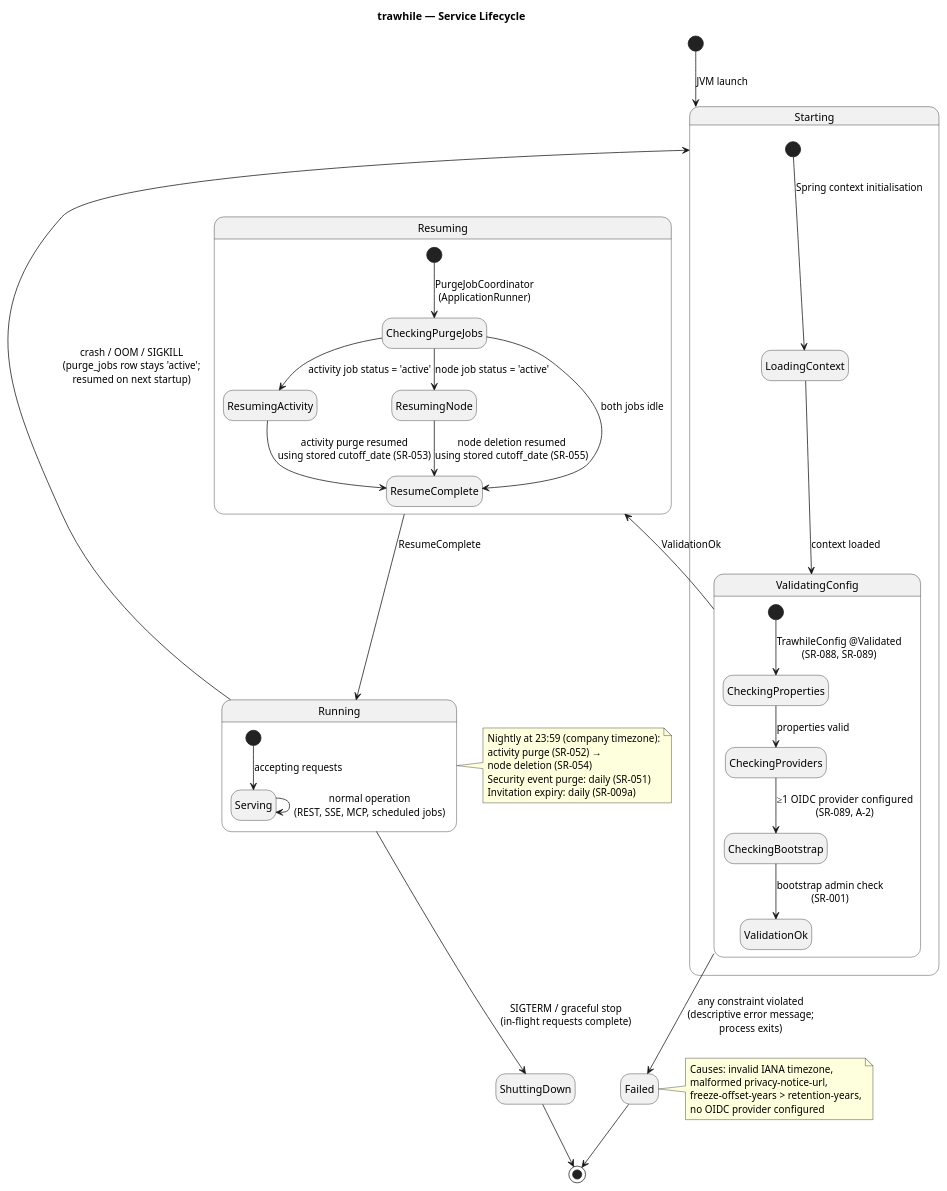
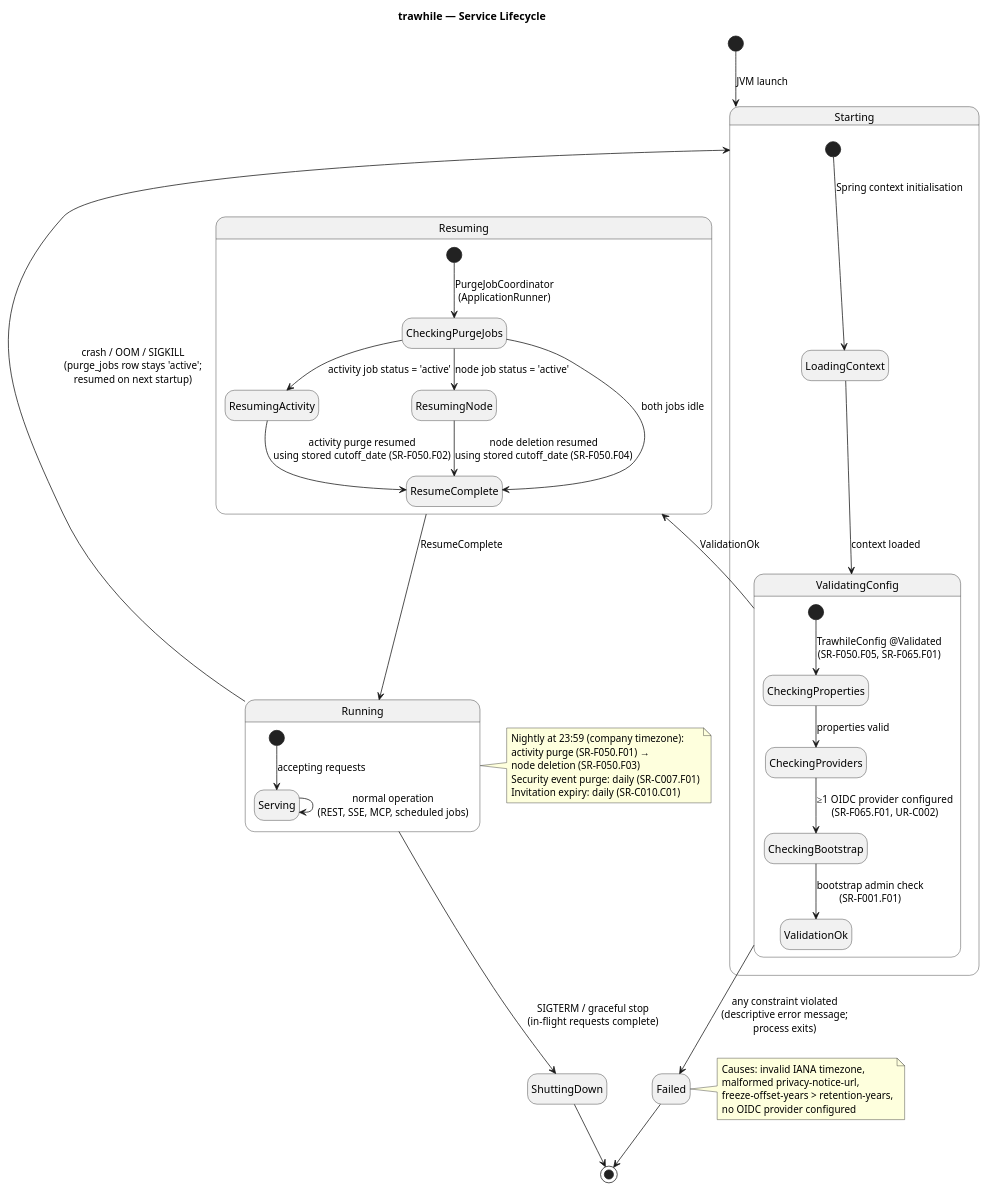
Before and after one commit to uCore7/trawhile: the diagram in docs/uml/state-service-lifecycle.puml, drawn with PlantUML. The commit also changed 78 other files, not shown here.

```diff
--- a/docs/uml/state-service-lifecycle.puml
+++ b/docs/uml/state-service-lifecycle.puml
@@ -1,61 +1,61 @@
 @startuml state-service-lifecycle
 title trawhile — Service Lifecycle
 
 hide empty description
 
 [*] --> Starting : JVM launch
 
 state Starting {
   [*] --> LoadingContext : Spring context initialisation
   LoadingContext --> ValidatingConfig : context loaded
 }
 
 state ValidatingConfig {
-  [*] --> CheckingProperties : TrawhileConfig @Validated\n(SR-088, SR-089)
+  [*] --> CheckingProperties : TrawhileConfig @Validated\n(SR-F050.F05, SR-F065.F01)
   CheckingProperties --> CheckingProviders : properties valid
-  CheckingProviders --> CheckingBootstrap : ≥1 OIDC provider configured\n(SR-089, A-2)
-  CheckingBootstrap --> ValidationOk : bootstrap admin check\n(SR-001)
+  CheckingProviders --> CheckingBootstrap : ≥1 OIDC provider configured\n(SR-F065.F01, UR-C002)
+  CheckingBootstrap --> ValidationOk : bootstrap admin check\n(SR-F001.F01)
 }
 
 ValidatingConfig --> Failed : any constraint violated\n(descriptive error message;\nprocess exits)
 Failed --> [*]
 
 ValidatingConfig --> Resuming : ValidationOk
 
 state Resuming {
   [*] --> CheckingPurgeJobs : PurgeJobCoordinator\n(ApplicationRunner)
   CheckingPurgeJobs --> ResumingActivity : activity job status = 'active'
   CheckingPurgeJobs --> ResumingNode : node job status = 'active'
   CheckingPurgeJobs --> ResumeComplete : both jobs idle
-  ResumingActivity --> ResumeComplete : activity purge resumed\nusing stored cutoff_date (SR-053)
-  ResumingNode --> ResumeComplete : node deletion resumed\nusing stored cutoff_date (SR-055)
+  ResumingActivity --> ResumeComplete : activity purge resumed\nusing stored cutoff_date (SR-F050.F02)
+  ResumingNode --> ResumeComplete : node deletion resumed\nusing stored cutoff_date (SR-F050.F04)
 }
 
 Resuming --> Running : ResumeComplete
 
 state Running {
   [*] --> Serving : accepting requests
   Serving --> Serving : normal operation\n(REST, SSE, MCP, scheduled jobs)
 }
 
 Running --> ShuttingDown : SIGTERM / graceful stop\n(in-flight requests complete)
 ShuttingDown --> [*]
 
 Running --> Starting : crash / OOM / SIGKILL\n(purge_jobs row stays 'active';\nresumed on next startup)
 
 note right of Failed
   Causes: invalid IANA timezone,
   malformed privacy-notice-url,
   freeze-offset-years > retention-years,
   no OIDC provider configured
 end note
 
 note right of Running
   Nightly at 23:59 (company timezone):
-  activity purge (SR-052) →
-  node deletion (SR-054)
-  Security event purge: daily (SR-051)
-  Invitation expiry: daily (SR-009a)
+  activity purge (SR-F050.F01) →
+  node deletion (SR-F050.F03)
+  Security event purge: daily (SR-C007.F01)
+  Invitation expiry: daily (SR-C010.C01)
 end note
 
 @enduml
```
